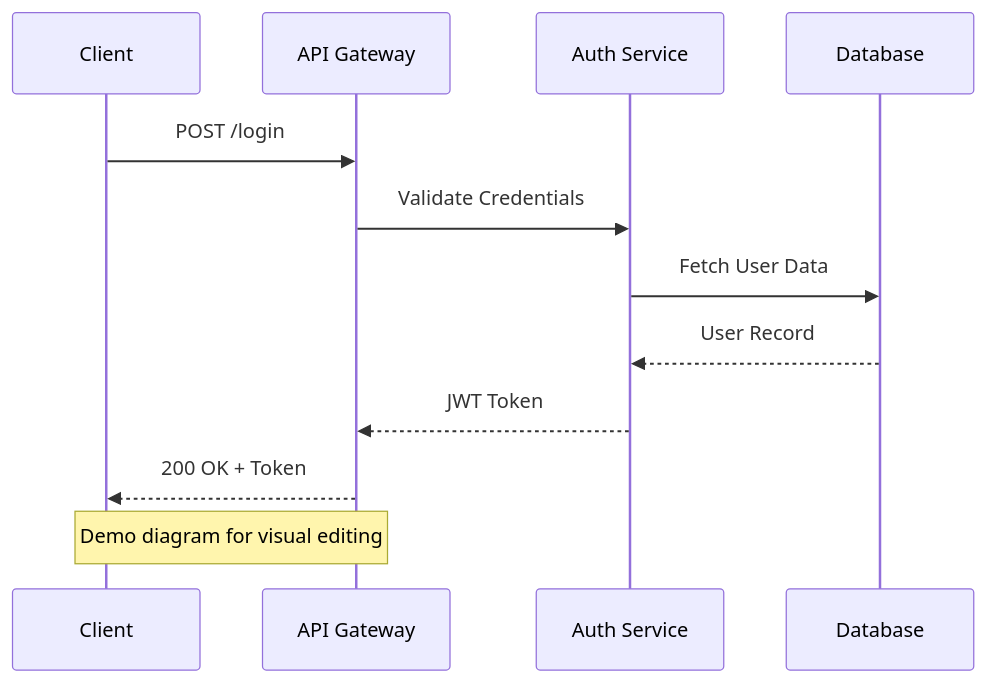
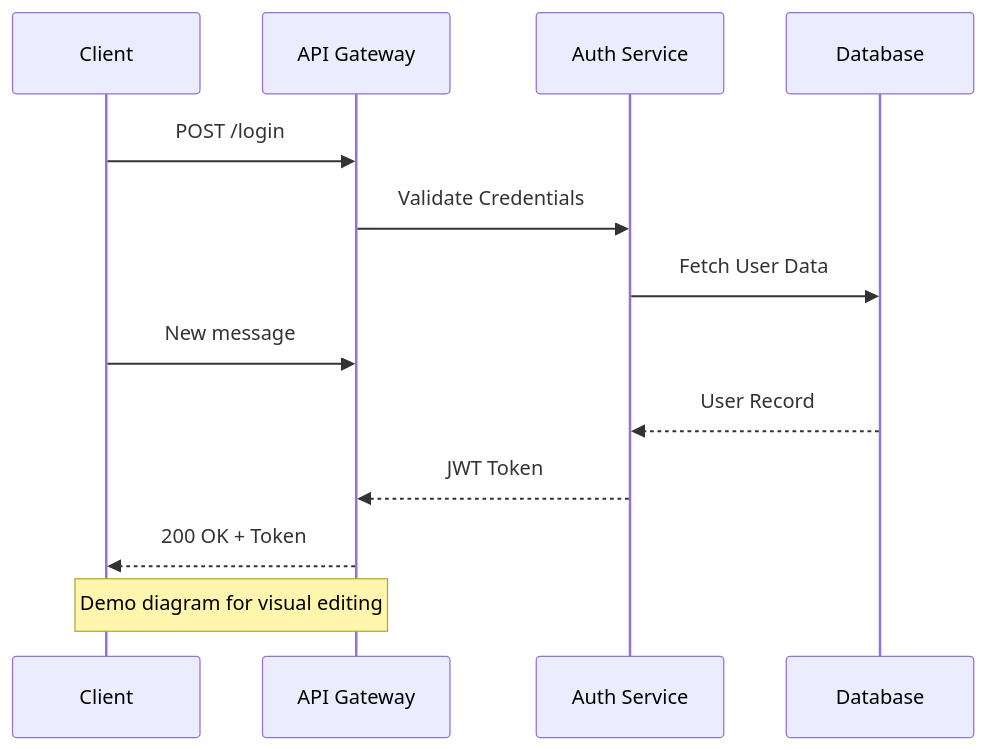
The first of 2 diagrams in diagrams/markdown-demo.md (stanimirovv/foliant), drawn with Mermaid before and after one commit. The commit also changed other lines of this file and 2 other files, not shown here.

Commit message:
fix: markdown render fully works

````diff
--- a/diagrams/markdown-demo.md
+++ b/diagrams/markdown-demo.md
@@ -15,17 +15,18 @@
 ```mermaid
-%% CONFIG: {"version":1}
+%% CONFIG: {"version":1,"arrows":[{"from":"C","to":"API","label":"New message","color":"#00ff9d","animation":"flow"}]}
 sequenceDiagram
     participant C as Client
     participant API as API Gateway
     participant Auth as Auth Service
     participant DB as Database
 
     C->>API: POST /login
     API->>Auth: Validate Credentials
     Auth->>DB: Fetch User Data
+    C->>API: New message
     DB-->>Auth: User Record
     Auth-->>API: JWT Token
     API-->>C: 200 OK + Token
 
     Note over C,API: Demo diagram for visual editing
 ```
````
